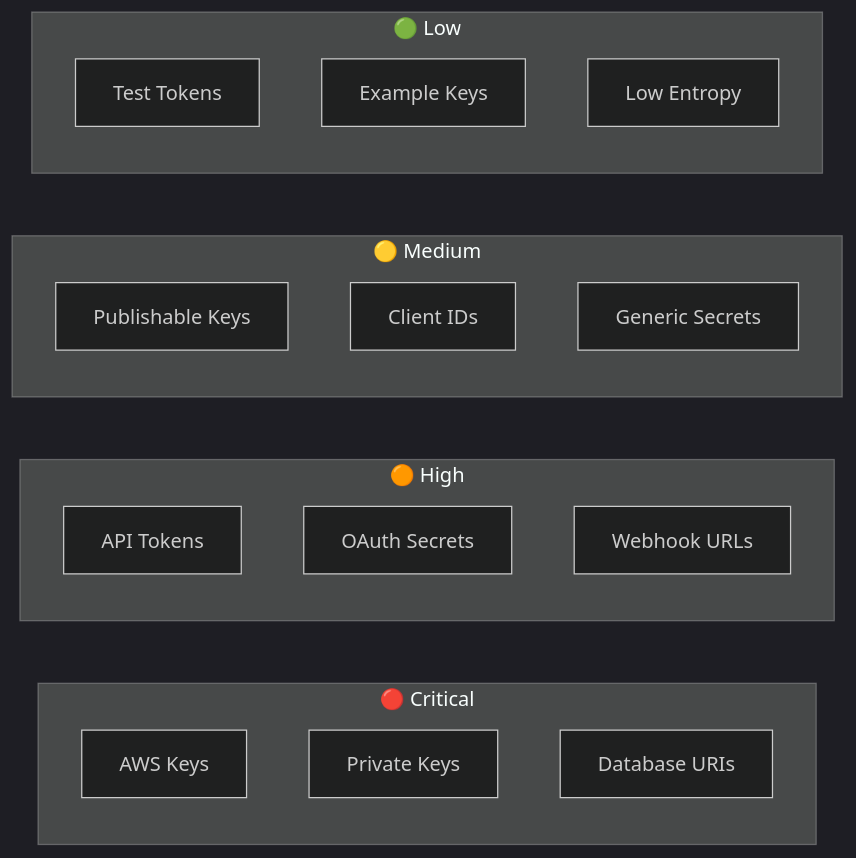
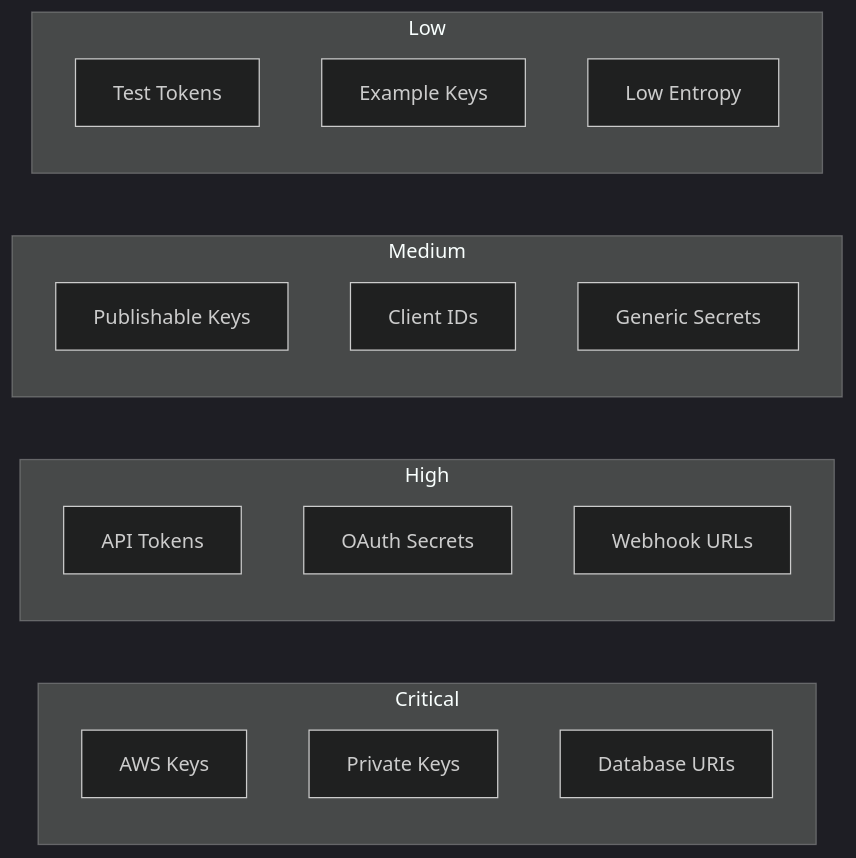
Before and after one commit to alamshoaib134/git-secret-scanner: diagram 14 of 18 in architecture/LLD.md, drawn with Mermaid (dark theme). The commit also changed other lines of this file and 1 other file, not shown here.

First line of the commit message:
Fix Mermaid syntax errors in architecture diagrams

````diff
--- a/architecture/LLD.md
+++ b/architecture/LLD.md
@@ -389,26 +374,26 @@
 ```mermaid
 graph LR
-    subgraph Critical["🔴 Critical"]
-        C1[AWS Keys]
-        C2[Private Keys]
-        C3[Database URIs]
+    subgraph Critical["Critical"]
+        C1["AWS Keys"]
+        C2["Private Keys"]
+        C3["Database URIs"]
     end
 
-    subgraph High["🟠 High"]
-        H1[API Tokens]
-        H2[OAuth Secrets]
-        H3[Webhook URLs]
+    subgraph High["High"]
+        H1["API Tokens"]
+        H2["OAuth Secrets"]
+        H3["Webhook URLs"]
     end
 
-    subgraph Medium["🟡 Medium"]
-        M1[Publishable Keys]
-        M2[Client IDs]
-        M3[Generic Secrets]
+    subgraph Medium["Medium"]
+        M1["Publishable Keys"]
+        M2["Client IDs"]
+        M3["Generic Secrets"]
     end
 
-    subgraph Low["🟢 Low"]
-        L1[Test Tokens]
-        L2[Example Keys]
-        L3[Low Entropy]
+    subgraph Low["Low"]
+        L1["Test Tokens"]
+        L2["Example Keys"]
+        L3["Low Entropy"]
     end
 ```
````
